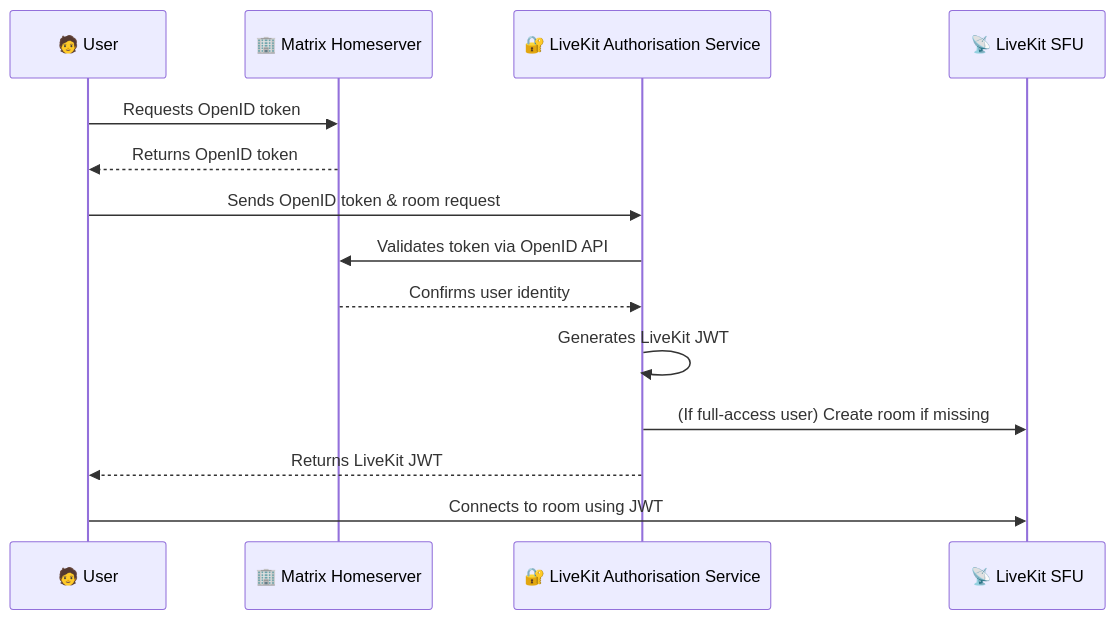
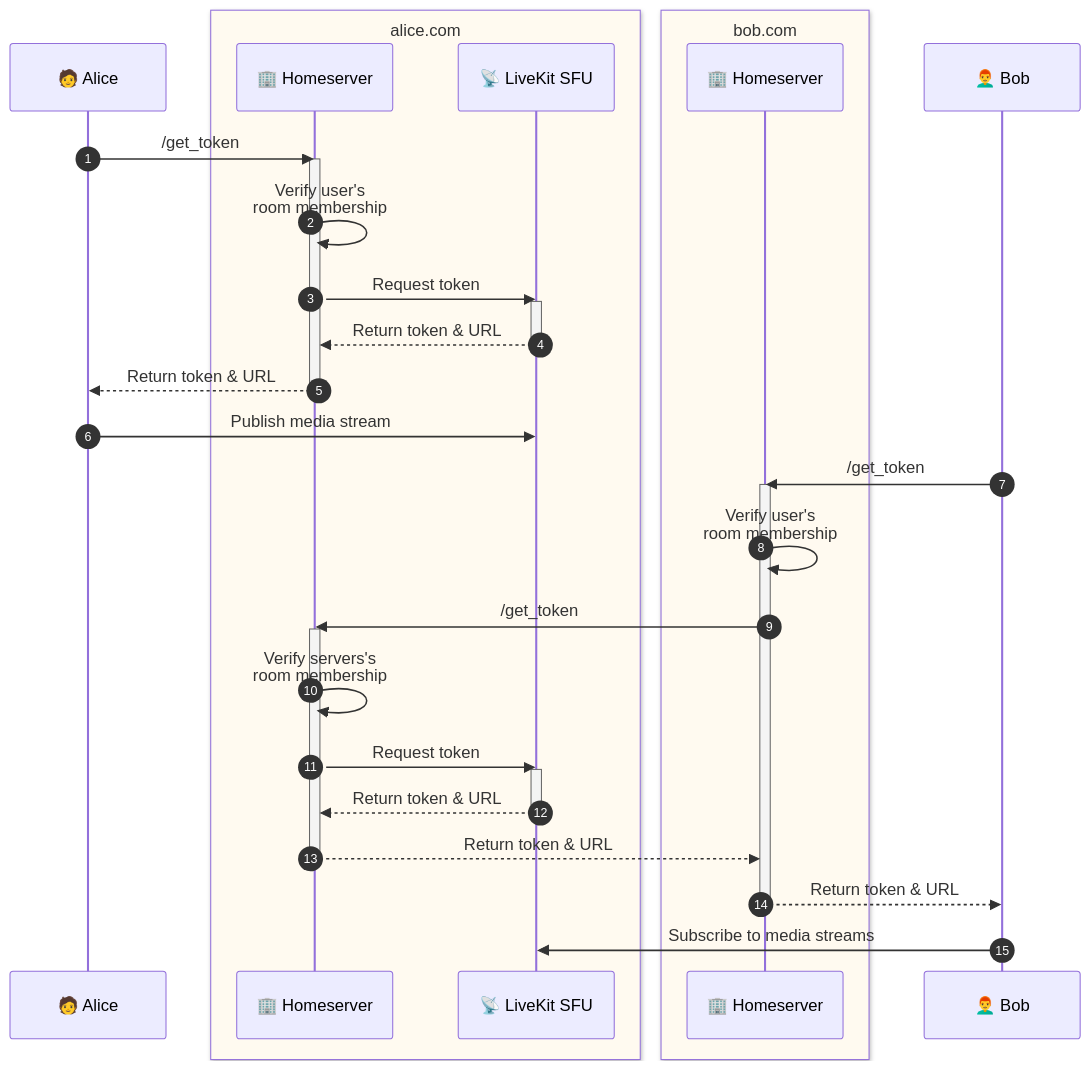
Before and after one commit to matrix-org/matrix-spec-proposals: the first of 2 diagrams in proposals/4195-matrixrtc-livekit.md, drawn with Mermaid. The commit also changed other lines of this file, not shown here.

Commit message:
First stab at eliminating the service in favor of CS/SS endpoints

````diff
--- a/proposals/4195-matrixrtc-livekit.md
+++ b/proposals/4195-matrixrtc-livekit.md
@@ -206,17 +145,47 @@
 ```mermaid
 sequenceDiagram
-    participant U as 🧑 User
-    participant M as 🏢 Matrix Homeserver
-    participant A as 🔐 LiveKit Authorisation Service
-    participant L as 📡 LiveKit SFU
+    autonumber
 
-    U->>M: Requests OpenID token
-    M-->>U: Returns OpenID token
-    U->>A: Sends OpenID token & room request
-    A->>M: Validates token via OpenID API
-    M-->>A: Confirms user identity
-    A->>A: Generates LiveKit JWT
-    A->>L: (If full-access user) Create room if missing
-    A-->>U: Returns LiveKit JWT
-    U->>L: Connects to room using JWT
+    participant U as 🧑 Alice
+
+    box floralwhite alice.com
+        participant H as 🏢 Homeserver
+        participant L as 📡 LiveKit SFU
+    end
+
+    box floralwhite bob.com
+        participant H2 as 🏢 Homeserver
+    end
+
+
+    participant O as 👨‍🦰 Bob
+
+    U->>H: /get_token
+    activate H
+    H->>H: Verify user's<br>room membership
+    H->>L: Request token
+    activate L
+    L-->>H: Return token & URL
+    deactivate L
+    H-->>U: Return token & URL
+    deactivate H
+
+    U->>L: Publish media stream
+
+    O->>H2: /get_token
+    activate H2
+    H2->>H2: Verify user's<br>room membership
+    H2->>H: /get_token
+    activate H
+    H->>H: Verify servers's<br>room membership
+    H->>L: Request token
+    activate L
+    L-->>H: Return token & URL
+    deactivate L
+    H-->>H2: Return token & URL
+    deactivate H
+    H2-->>O: Return token & URL
+    deactivate H2
+  
+    O->>L: Subscribe to media streams
 ```
````
